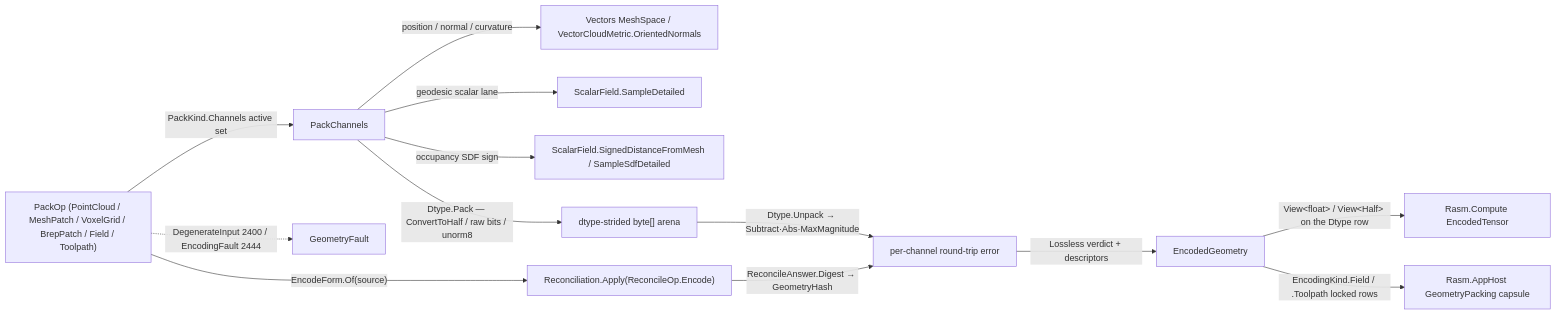
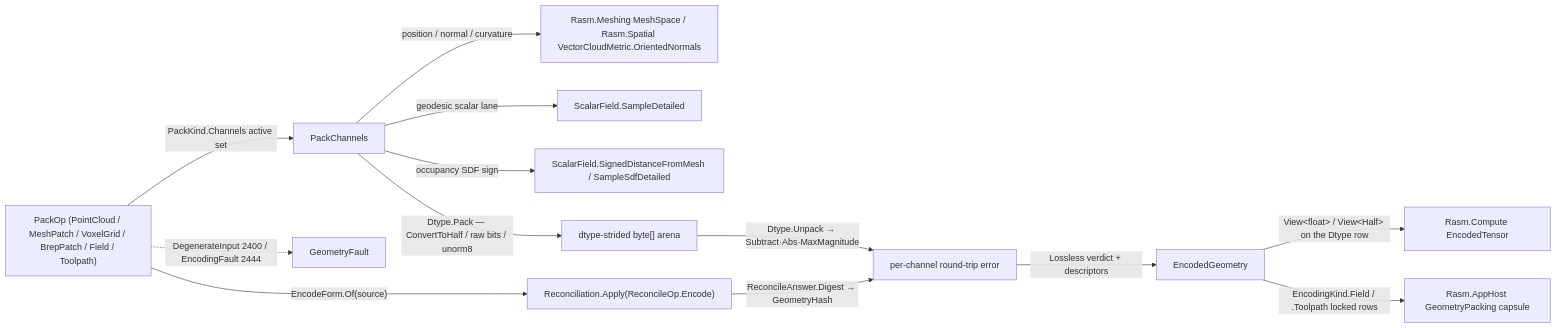
The diagram in libs/csharp/Rasm/.planning/Drawing/pack.md (bsamiee/Rasm), drawn with Mermaid before and after one commit. The commit also changed other lines of this file and 123 other files, not shown here.

First line of the commit message:
namespace alignment executed: 50 kernel fences folder-true per editorconfig error rule, Rasm.Vectors/Rasm.Geometry vocabularies dead (396 lines, 115 files), NAMESPACE_MAP matrix dissolved to the two-paragraph law, 52 cross-package re-points, zero-sweep proven in scope

````diff
--- a/libs/csharp/Rasm/.planning/Drawing/pack.md
+++ b/libs/csharp/Rasm/.planning/Drawing/pack.md
@@ -488,15 +489,15 @@
 ```mermaid
 flowchart LR
     PackOp["PackOp (PointCloud / MeshPatch / VoxelGrid / BrepPatch / Field / Toolpath)"] -->|PackKind.Channels active set| PackChannels
-    PackChannels -->|position / normal / curvature| Vectors["Vectors MeshSpace / VectorCloudMetric.OrientedNormals"]
+    PackChannels -->|position / normal / curvature| Kernel["Rasm.Meshing MeshSpace / Rasm.Spatial VectorCloudMetric.OrientedNormals"]
     PackChannels -->|geodesic scalar lane| Fields["ScalarField.SampleDetailed"]
     PackChannels -->|occupancy SDF sign| Sdf["ScalarField.SignedDistanceFromMesh / SampleSdfDetailed"]
     PackChannels -->|"Dtype.Pack — ConvertToHalf / raw bits / unorm8"| Payload["dtype-strided byte[] arena"]
     Payload -->|"Dtype.Unpack → Subtract·Abs·MaxMagnitude"| Witness["per-channel round-trip error"]
     PackOp -->|"EncodeForm.Of(source)"| Reconcile["Reconciliation.Apply(ReconcileOp.Encode)"]
     Reconcile -->|"ReconcileAnswer.Digest → GeometryHash"| Witness
     Witness -->|Lossless verdict + descriptors| EncodedGeometry
     EncodedGeometry -->|"View&lt;float&gt; / View&lt;Half&gt; on the Dtype row"| Compute["Rasm.Compute EncodedTensor"]
     EncodedGeometry -->|EncodingKind.Field / .Toolpath locked rows| AppHost["Rasm.AppHost GeometryPacking capsule"]
     PackOp -.->|"DegenerateInput 2400 / EncodingFault 2444"| GeometryFault
 ```
````
